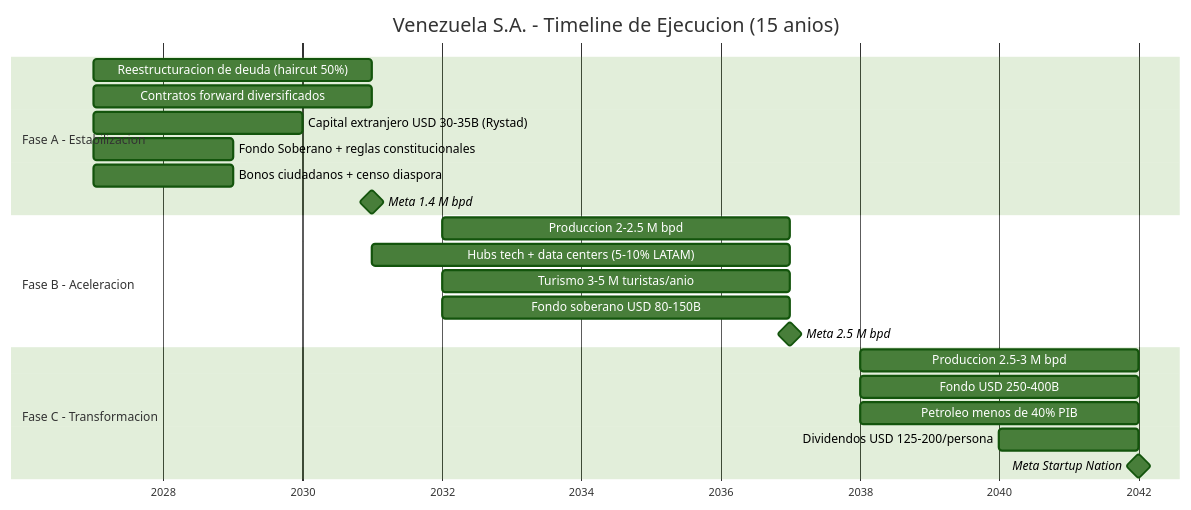
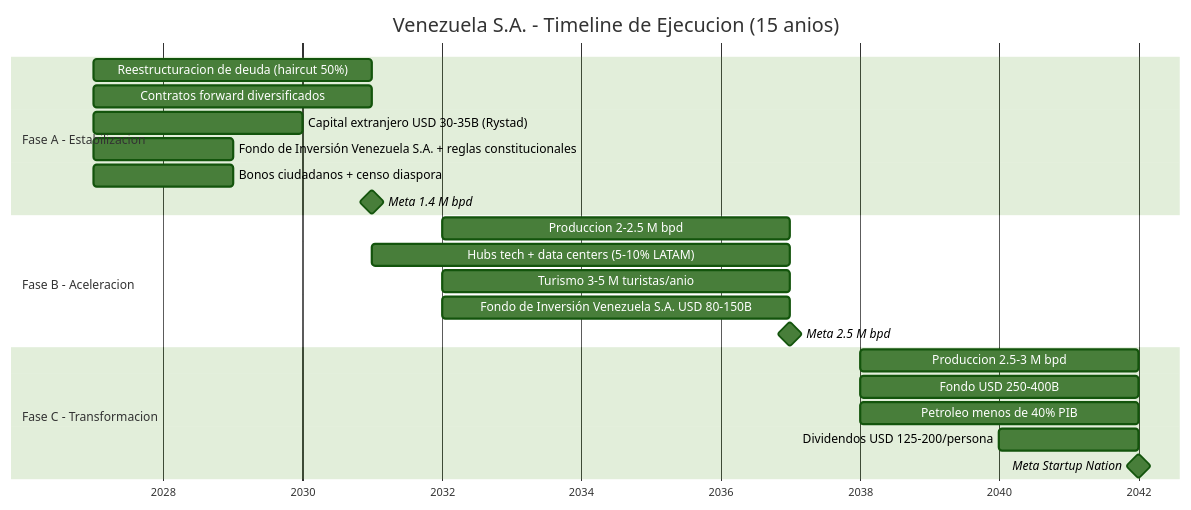
Before and after one commit to Venezuela-S-A/venezuela-sa: the first of 3 diagrams in docs/07-ejecucion/timeline.md, drawn with Mermaid (forest theme). The commit also changed other lines of this file and 7 other files, not shown here.

````diff
--- a/docs/07-ejecucion/timeline.md
+++ b/docs/07-ejecucion/timeline.md
@@ -8,28 +8,28 @@
 ```mermaid
 gantt
     title Venezuela S.A. - Timeline de Ejecucion (15 anios)
     dateFormat YYYY
     axisFormat %Y
 
     section Fase A - Estabilizacion
     Reestructuracion de deuda (haircut 50%)         :a1, 2027, 2031
     Contratos forward diversificados               :a2, 2027, 2031
     Capital extranjero USD 30-35B (Rystad)          :a3, 2027, 2030
-    Fondo Soberano + reglas constitucionales       :a4, 2027, 2029
+    Fondo de Inversión Venezuela S.A. + reglas constitucionales       :a4, 2027, 2029
     Bonos ciudadanos + censo diaspora               :a5, 2027, 2029
     Meta 1.4 M bpd                                  :milestone, m1, 2031, 0d
 
     section Fase B - Aceleracion
     Produccion 2-2.5 M bpd                           :b1, 2032, 2037
     Hubs tech + data centers (5-10% LATAM)          :b2, 2031, 2037
     Turismo 3-5 M turistas/anio                     :b3, 2032, 2037
-    Fondo soberano USD 80-150B                      :b4, 2032, 2037
+    Fondo de Inversión Venezuela S.A. USD 80-150B                      :b4, 2032, 2037
     Meta 2.5 M bpd                                   :milestone, m2, 2037, 0d
 
     section Fase C - Transformacion
     Produccion 2.5-3 M bpd                            :c1, 2038, 2042
     Fondo USD 250-400B                               :c2, 2038, 2042
     Petroleo menos de 40% PIB                        :c3, 2038, 2042
     Dividendos USD 125-200/persona                   :c4, 2040, 2042
     Meta Startup Nation                              :milestone, m3, 2042, 0d
 ```
````
